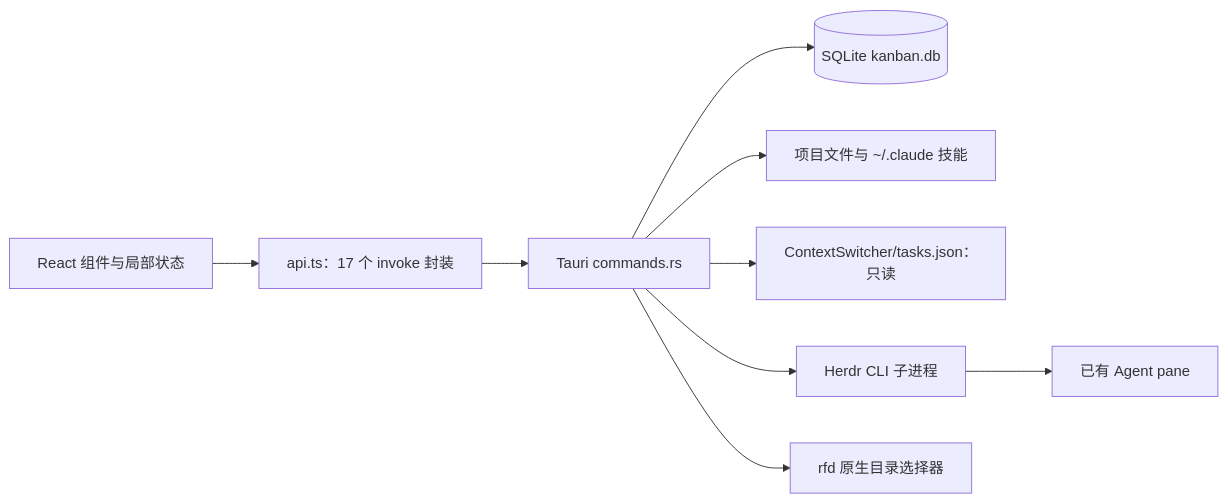
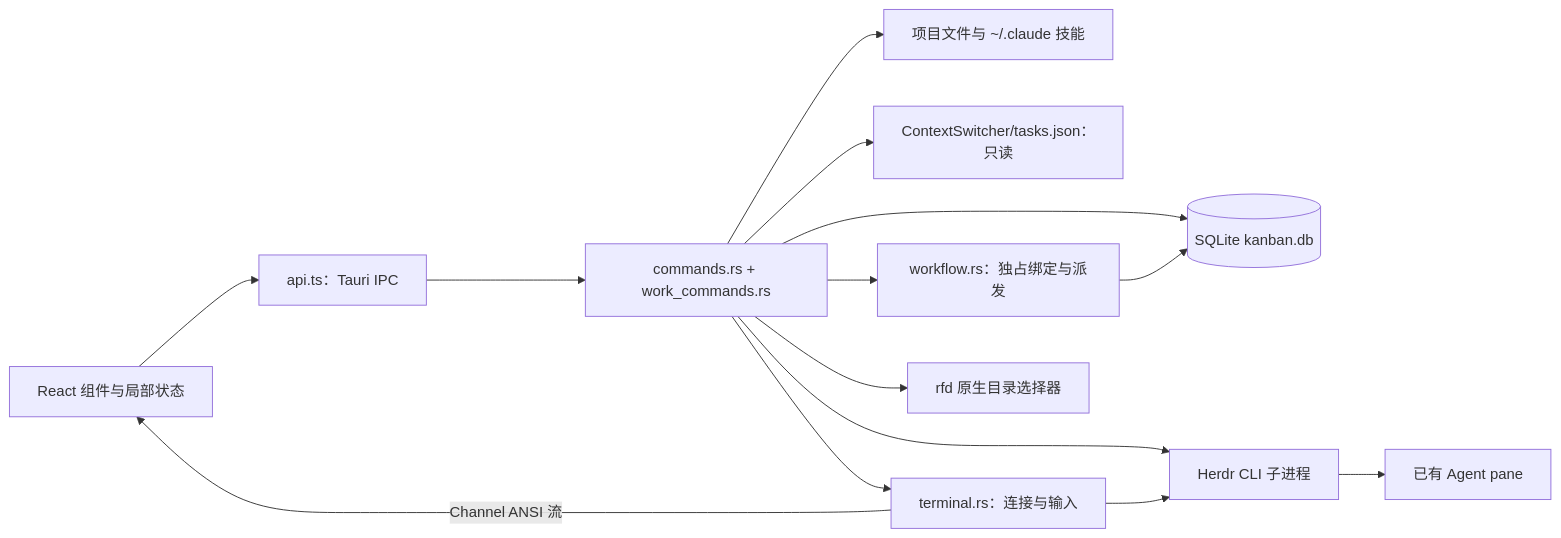
The first of 3 diagrams in kanban_code_structure.md (legendxcheng/ContextSwitcher), drawn with Mermaid before and after one commit. The commit also changed other lines of this file and 29 other files, not shown here.

````diff
--- a/kanban_code_structure.md
+++ b/kanban_code_structure.md
@@ -21,11 +21,16 @@
 ```mermaid
 flowchart LR
-    UI[React 组件与局部状态] --> API[api.ts：17 个 invoke 封装]
-    API --> CMD[Tauri commands.rs]
+    UI[React 组件与局部状态] --> API[api.ts：Tauri IPC]
+    API --> CMD[commands.rs + work_commands.rs]
     CMD --> DB[(SQLite kanban.db)]
     CMD --> FILE[项目文件与 ~/.claude 技能]
     CMD --> CS[ContextSwitcher/tasks.json：只读]
     CMD --> CLI[Herdr CLI 子进程]
     CLI --> AGENT[已有 Agent pane]
+    CMD --> WF[workflow.rs：独占绑定与派发]
+    WF --> DB
+    CMD --> TERM[terminal.rs：连接与输入]
+    TERM --> CLI
+    TERM -->|Channel ANSI 流| UI
     CMD --> PICK[rfd 原生目录选择器]
 ```
````
